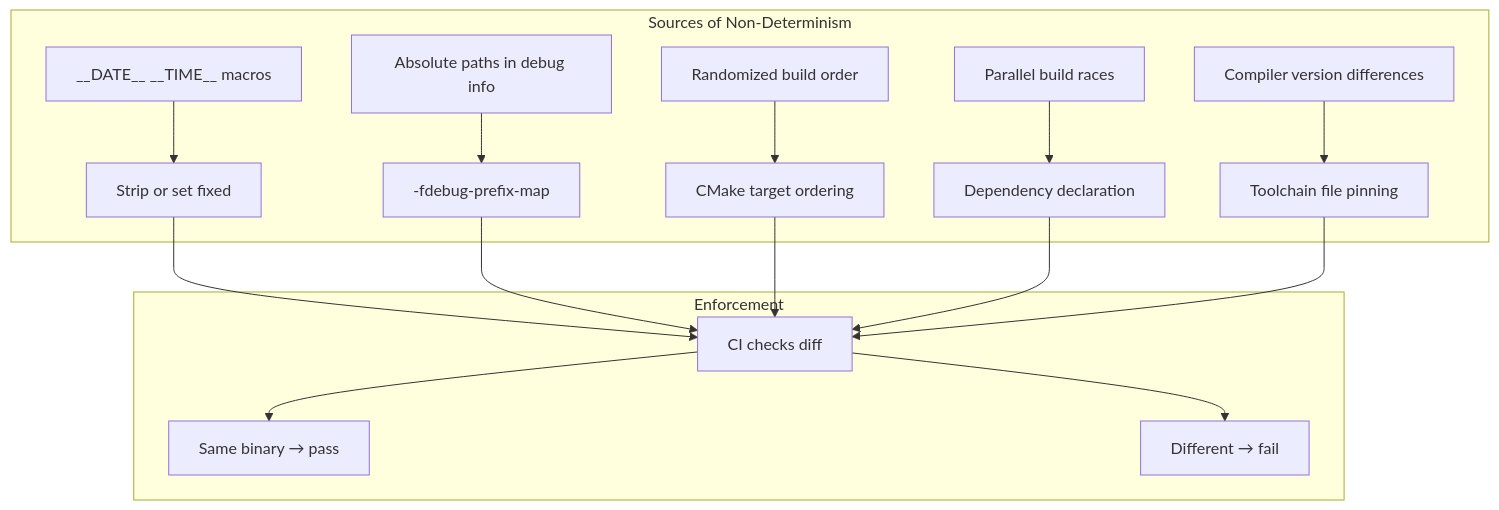
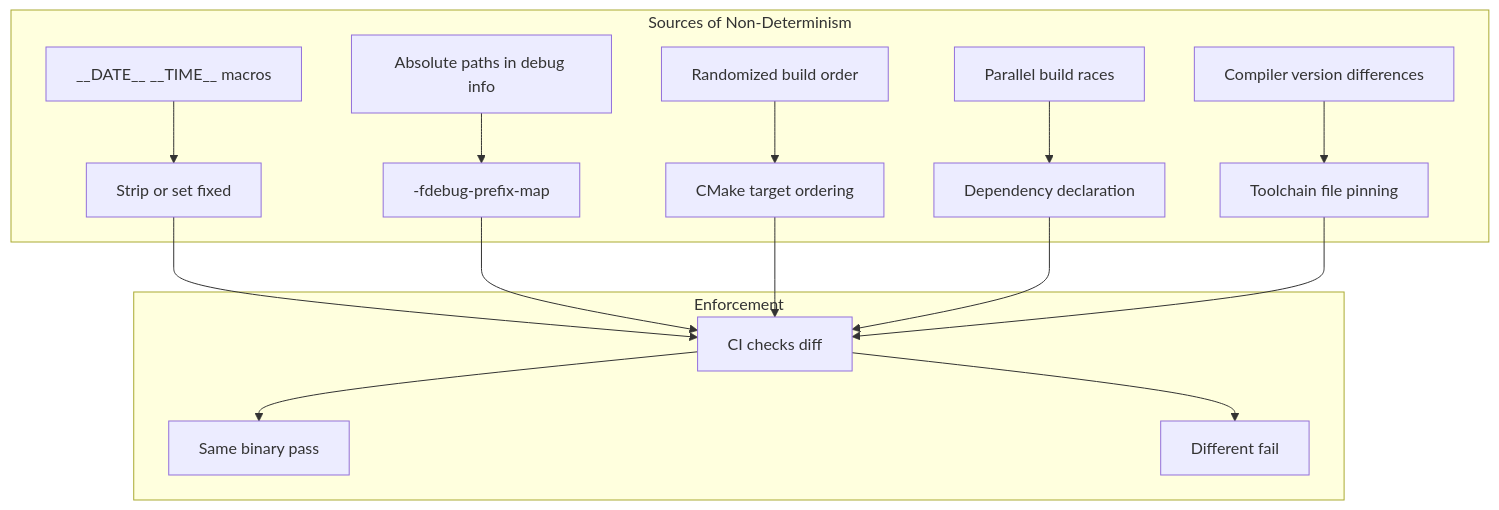
Diagram 11 of 24 in Docs/Plan.md (NoviceNerd1/cmake-production-template), drawn with Mermaid before and after one commit. The commit also changed other lines of this file and 29 other files, not shown here.

````diff
--- a/Docs/Plan.md
+++ b/Docs/Plan.md
@@ -858,16 +858,16 @@
 ```mermaid
 graph TD
     subgraph "Sources of Non-Determinism"
         S1[__DATE__ __TIME__ macros] --> F1[Strip or set fixed]
         S2[Absolute paths in debug info] --> F2[-fdebug-prefix-map]
         S3[Randomized build order] --> F3[CMake target ordering]
         S4[Parallel build races] --> F4[Dependency declaration]
         S5[Compiler version differences] --> F5[Toolchain file pinning]
     end
     
     subgraph "Enforcement"
         F1 & F2 & F3 & F4 & F5 --> CI[CI checks diff]
-        CI --> SAME[Same binary → pass]
-        CI --> DIFF[Different → fail]
+        CI --> SAME[Same binary  pass]
+        CI --> DIFF[Different  fail]
     end
 ```
````
